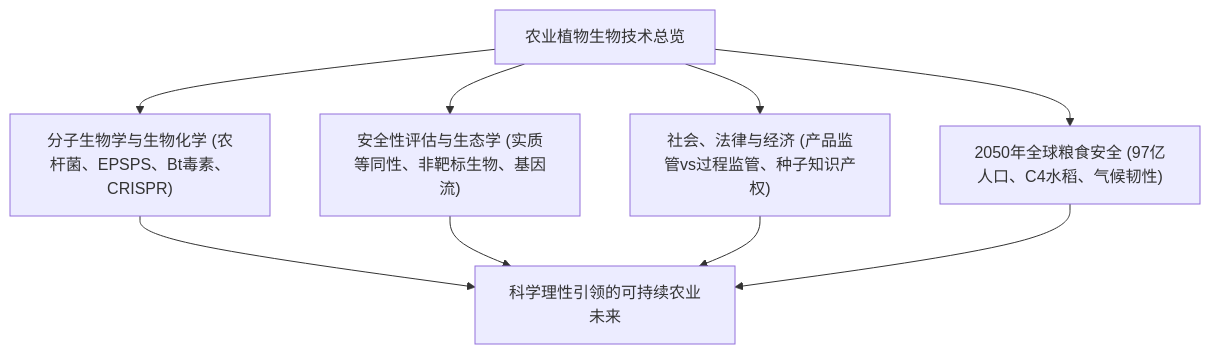
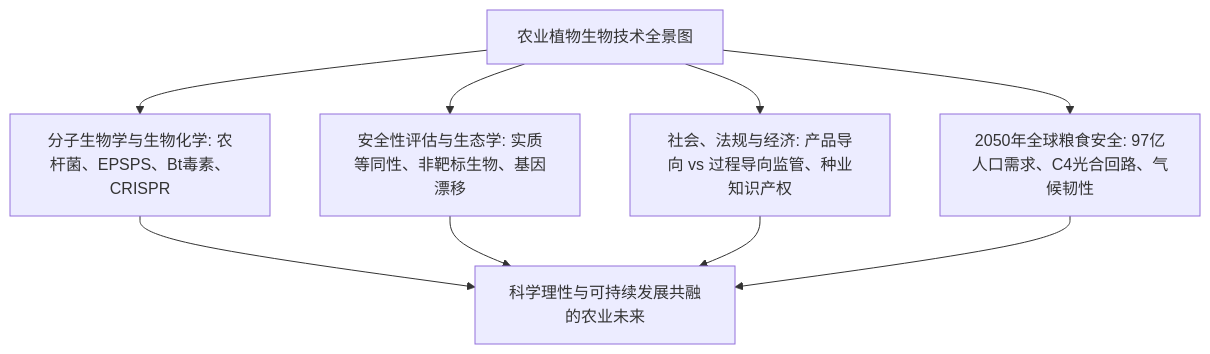
One commit to kenjinote/blog changed the first of 3 diagrams in content/post/genetically-modified-crops-biotechnology-agriculture-safety-future/index.zh-cn.md. Above: the diagram before and after it, drawn with Mermaid. The commit also changed other lines of this file and 11 other files, not shown here.

````diff
--- a/content/post/genetically-modified-crops-biotechnology-agriculture-safety-future/index.zh-cn.md
+++ b/content/post/genetically-modified-crops-biotechnology-agriculture-safety-future/index.zh-cn.md
@@ -17,9 +22,10 @@
 ```mermaid
 flowchart TD
-    BIO["农业植物生物技术总览"]
-    BIO --> M1["分子生物学与生物化学 (农杆菌、EPSPS、Bt毒素、CRISPR)"]
-    BIO --> M2["安全性评估与生态学 (实质等同性、非靶标生物、基因流)"]
-    BIO --> M3["社会、法律与经济 (产品监管vs过程监管、种子知识产权)"]
-    BIO --> M4["2050年全球粮食安全 (97亿人口、C4水稻、气候韧性)"]
-    M1 & M2 & M3 & M4 --> TOTAL["科学理性引领的可持续农业未来"]
+    BIO["农业植物生物技术全景图"]
+    BIO --> M1["分子生物学与生物化学: 农杆菌、EPSPS、Bt毒素、CRISPR"]
+    BIO --> M2["安全性评估与生态学: 实质等同性、非靶标生物、基因漂移"]
+    BIO --> M3["社会、法规与经济: 产品导向 vs 过程导向监管、种业知识产权"]
+    BIO --> M4["2050年全球粮食安全: 97亿人口需求、C4光合回路、气候韧性"]
+    
+    M1 & M2 & M3 & M4 --> TOTAL["科学理性与可持续发展共融的农业未来"]
 ```
````
